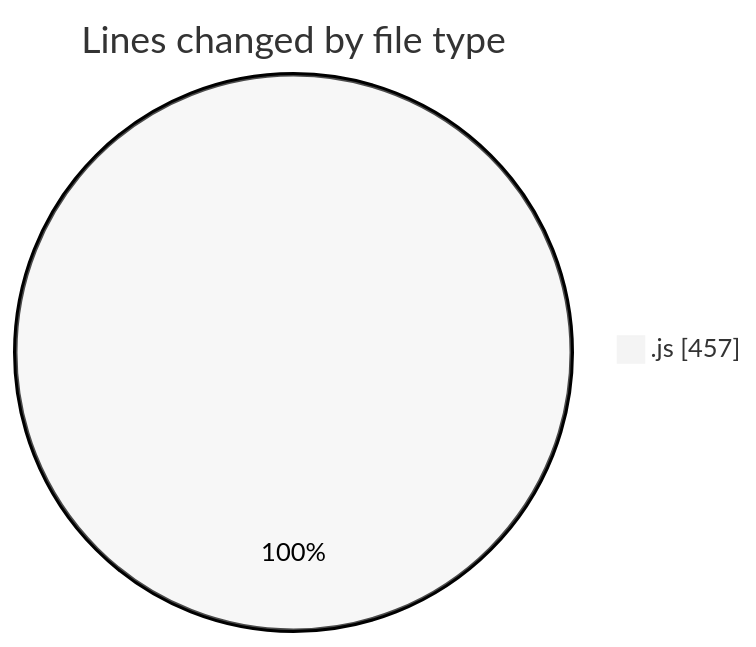
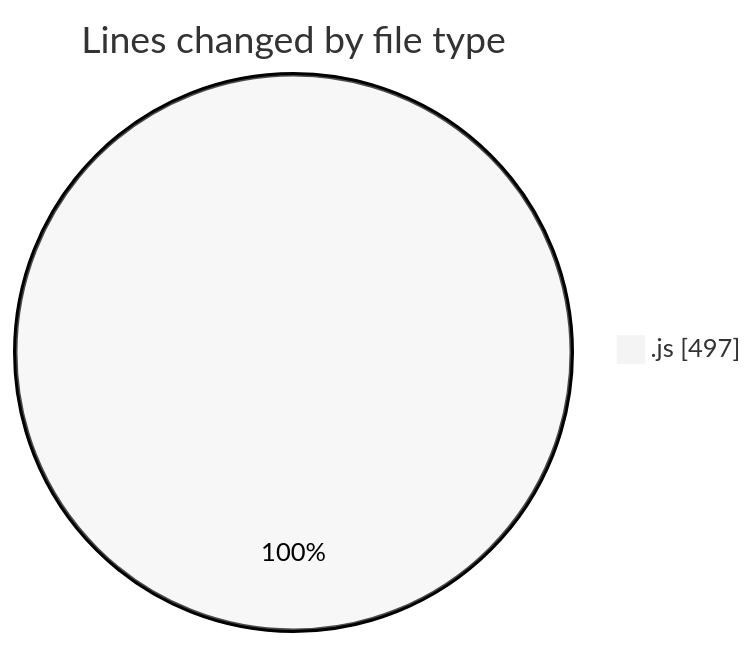
The first of 2 diagrams in 2025-03-11/cda/README.md (momahboobian/code-tracking), drawn with Mermaid (neutral theme) before and after one commit. The commit also changed other lines of this file and 1 other file, not shown here.

````diff
--- a/2025-03-11/cda/README.md
+++ b/2025-03-11/cda/README.md
@@ -25,5 +26,5 @@
 ```mermaid
 pie showData
 title Lines changed by file type
-".js" : 457
+".js" : 497
 ```
````
